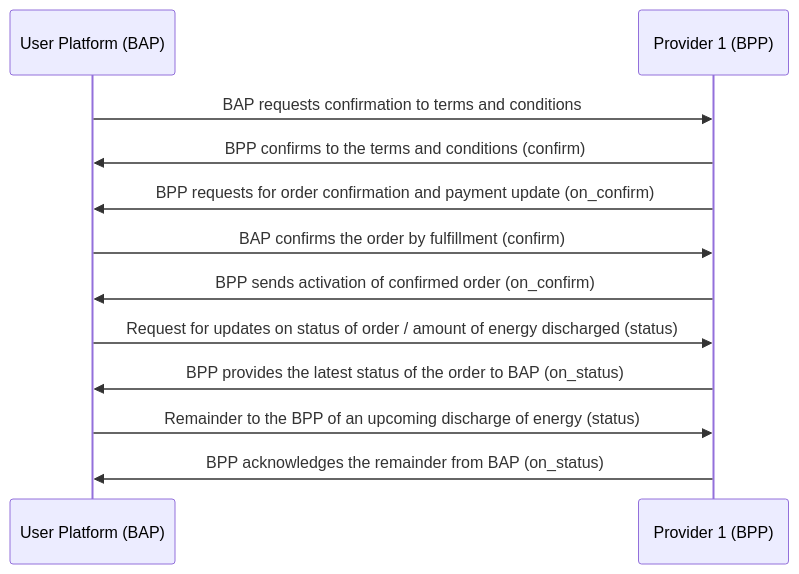
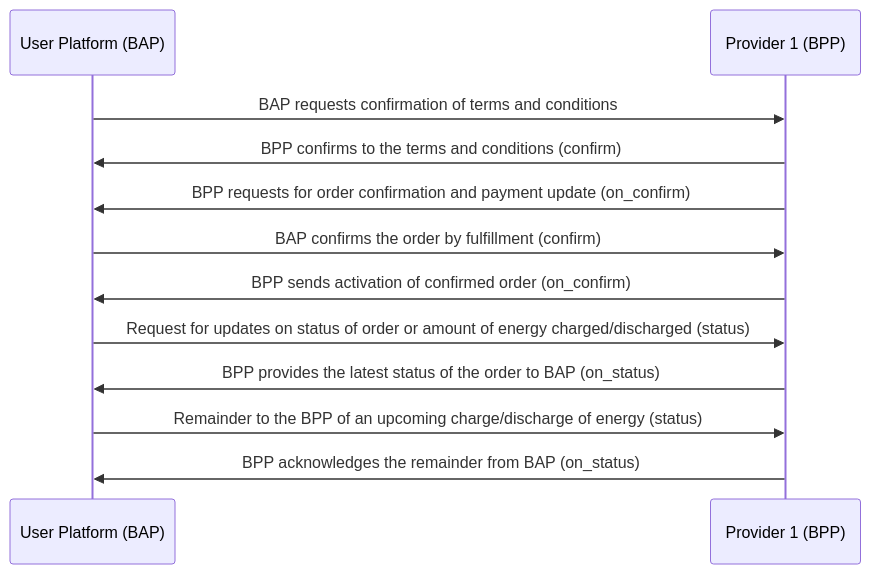
One commit to Sudheesh2609/DENT-Protocol changed the eighth of 8 diagrams in docs/implementation-guides/General_Energy_Transaction_2.md. Above: the diagram before and after it, drawn with Mermaid. The commit also changed other lines of this file, not shown here.

Commit message:
Completed General_Energy_Transaction_2.md

````diff
--- a/docs/implementation-guides/General_Energy_Transaction_2.md
+++ b/docs/implementation-guides/General_Energy_Transaction_2.md
@@ -227,12 +229,12 @@
 ```mermaid
     sequenceDiagram
-    User Platform (BAP)->>Provider 1 (BPP): BAP requests confirmation to terms and conditions
+    User Platform (BAP)->>Provider 1 (BPP): BAP requests confirmation of terms and conditions
     Provider 1 (BPP)->>User Platform (BAP): BPP confirms to the terms and conditions (confirm)
     Provider 1 (BPP)->>User Platform (BAP): BPP requests for order confirmation and payment update (on_confirm)
     User Platform (BAP)->>Provider 1 (BPP): BAP confirms the order by fulfillment (confirm)
     Provider 1 (BPP)->>User Platform (BAP): BPP sends activation of confirmed order (on_confirm)
-    User Platform (BAP)->>Provider 1 (BPP): Request for updates on status of order / amount of energy discharged (status)
+    User Platform (BAP)->>Provider 1 (BPP): Request for updates on status of order or amount of energy charged/discharged (status)
     Provider 1 (BPP)->>User Platform (BAP): BPP provides the latest status of the order to BAP (on_status)
-    User Platform (BAP)->>Provider 1 (BPP): Remainder to the BPP of an upcoming discharge of energy (status)
+    User Platform (BAP)->>Provider 1 (BPP): Remainder to the BPP of an upcoming charge/discharge of energy (status)
     Provider 1 (BPP)->>User Platform (BAP): BPP acknowledges the remainder from BAP (on_status)
 ```
````
